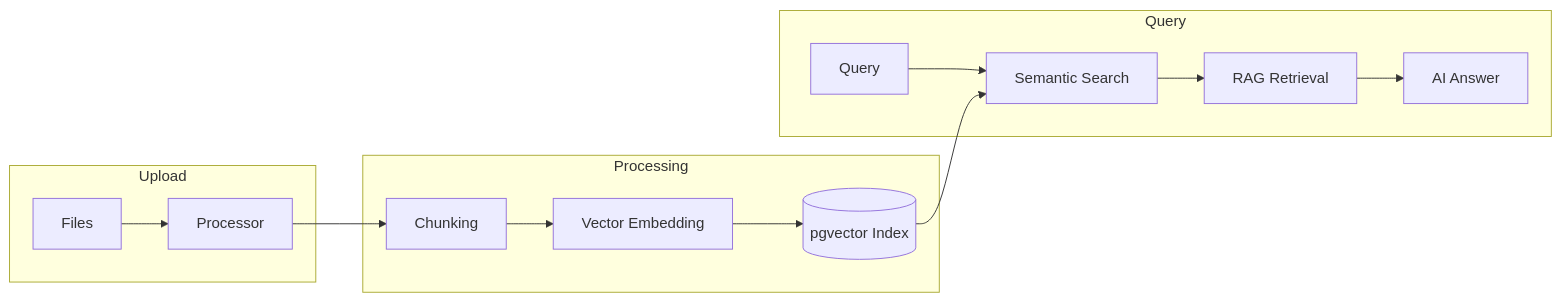
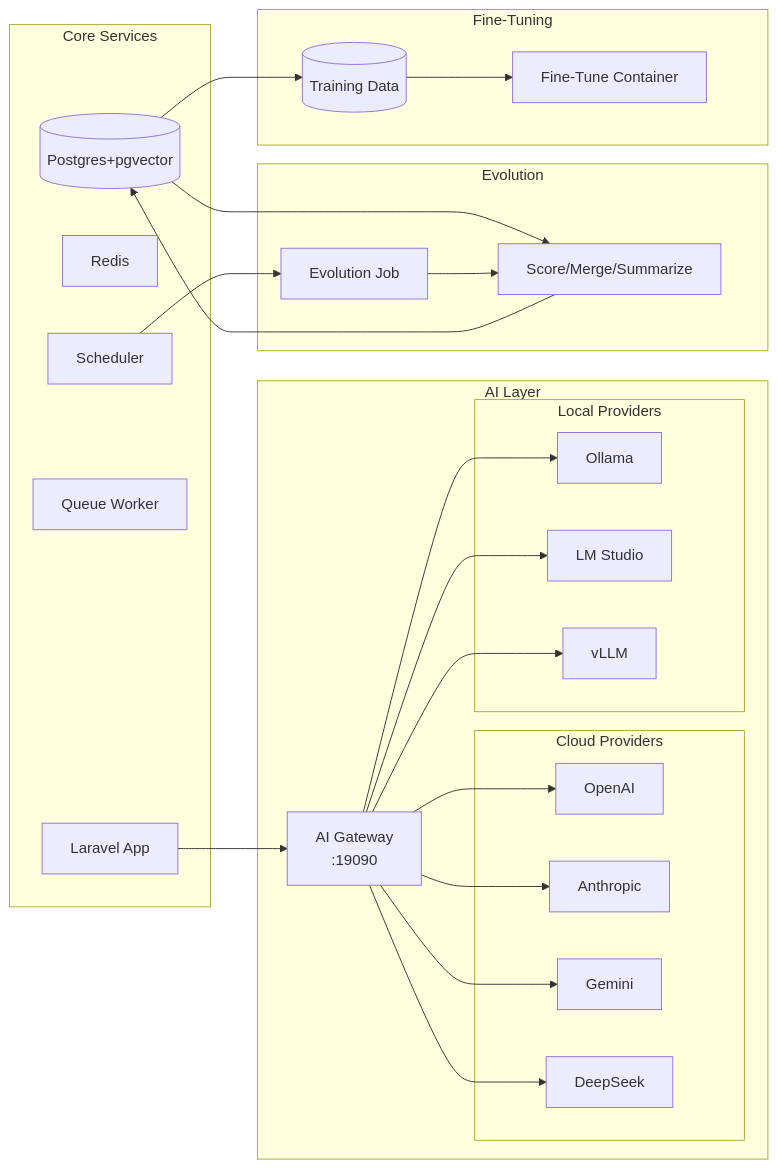
Before and after one commit to justmicos/geo-engine: the diagram in README.md, drawn with Mermaid. The commit also changed other lines of this file and 34 other files, not shown here.

First line of the commit message:
feat: v2.1 — Multi-Provider AI Gateway + Knowledge Evolution + Local Fine-Tuning

````diff
--- a/README.md
+++ b/README.md
@@ -41,17 +189,38 @@
 ```mermaid
 flowchart LR
-    subgraph Input["Upload"]
-        A[Files] --> P[Processor]
+    subgraph Core["Core Services"]
+        P[(Postgres+pgvector)]
+        R[Redis]
+        A[Laravel App]
+        Q[Queue Worker]
+        S[Scheduler]
     end
-    subgraph Process["Processing"]
-        P --> CH[Chunking]
-        CH --> V[Vector Embedding]
-        V --> I[(pgvector Index)]
+    subgraph AI["AI Layer"]
+        G[AI Gateway<br/>:19090]
+        subgraph Cloud["Cloud Providers"]
+            O[OpenAI]
+            AN[Anthropic]
+            GE[Gemini]
+            DS[DeepSeek]
+        end
+        subgraph Local["Local Providers"]
+            OL[Ollama]
+            LM[LM Studio]
+            VL[vLLM]
+        end
     end
-    subgraph Query["Query"]
-        Q[Query] --> S[Semantic Search]
-        S --> R[RAG Retrieval]
-        R --> AI[AI Answer]
-        I --> S
+    subgraph Evolve["Evolution"]
+        EJ[Evolution Job]
+        ES[Score/Merge/Summarize]
     end
+    subgraph FT["Fine-Tuning"]
+        FTJ[Fine-Tune Container]
+        DSET[(Training Data)]
+    end
+    A --> G
+    G --> O & AN & GE & DS
+    G --> OL & LM & VL
+    P --> ES
+    S --> EJ --> ES --> P
+    P --> DSET --> FTJ
 ```
````
